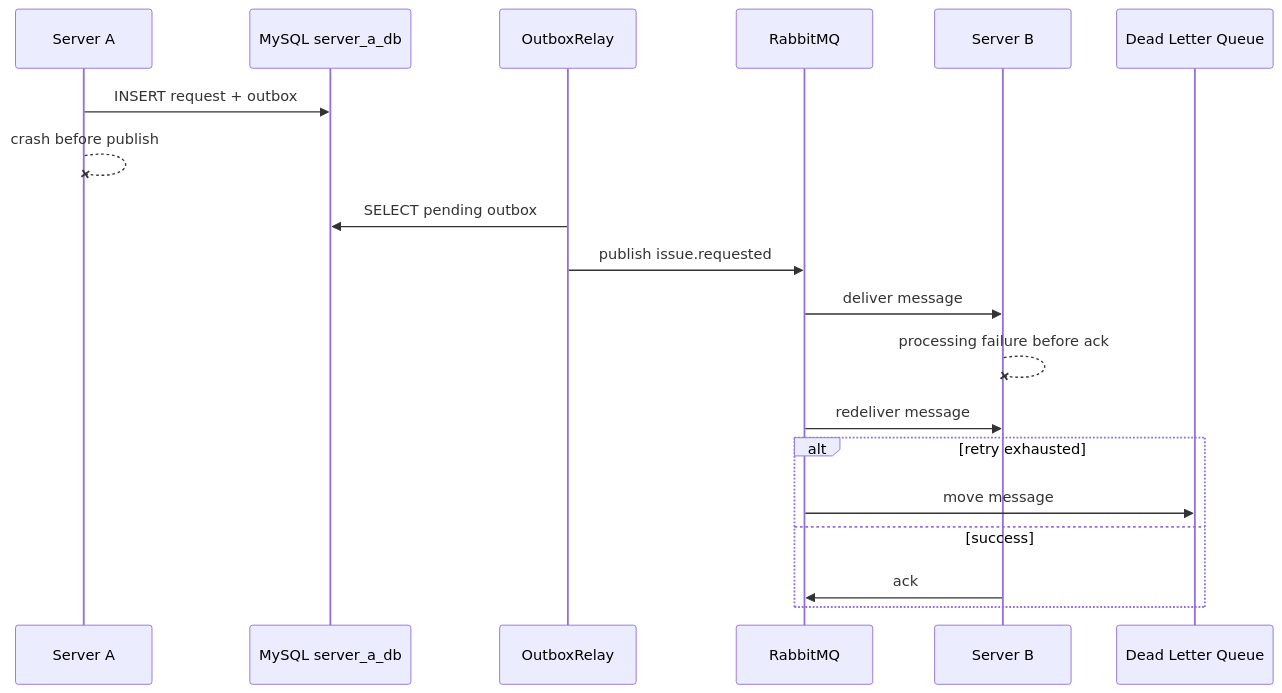
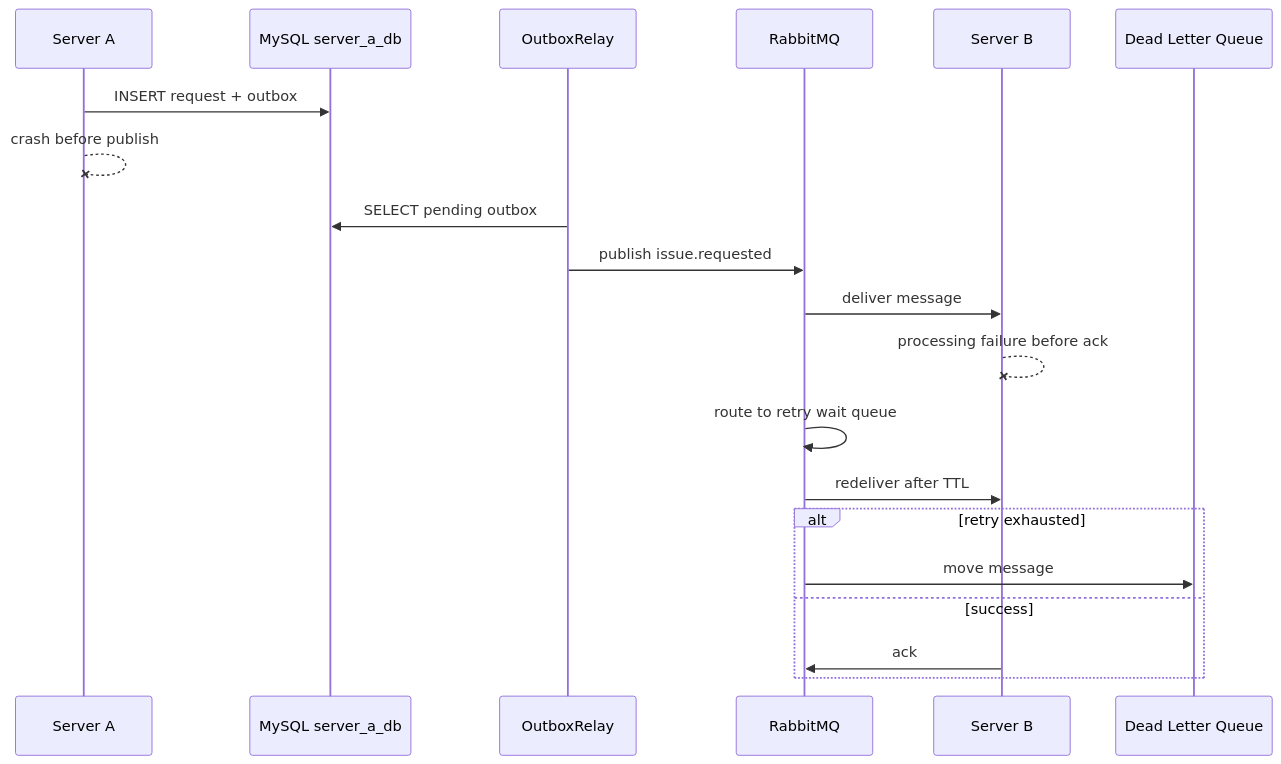
One commit to yht0827/promotion-dispatcher changed the sixth of 8 diagrams in docs/02-sequence-diagrams.md. Above: the diagram before and after it, drawn with Mermaid. The commit also changed other lines of this file and 3 other files, not shown here.

````diff
--- a/docs/02-sequence-diagrams.md
+++ b/docs/02-sequence-diagrams.md
@@ -212,24 +228,25 @@
 ```mermaid
 sequenceDiagram
     participant A as Server A
     participant DB as MySQL server_a_db
     participant R as OutboxRelay
     participant MQ as RabbitMQ
     participant B as Server B
     participant DLQ as Dead Letter Queue
 
     A->>DB: INSERT request + outbox
     A--xA: crash before publish
     R->>DB: SELECT pending outbox
     R->>MQ: publish issue.requested
 
     MQ->>B: deliver message
     B--xB: processing failure before ack
-    MQ->>B: redeliver message
+    MQ->>MQ: route to retry wait queue
+    MQ->>B: redeliver after TTL
 
     alt retry exhausted
         MQ->>DLQ: move message
     else success
         B->>MQ: ack
     end
 ```
````
